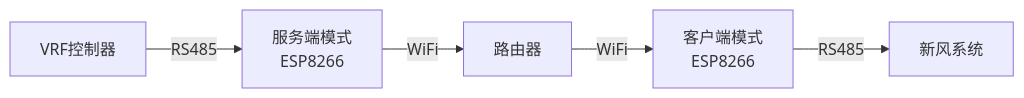
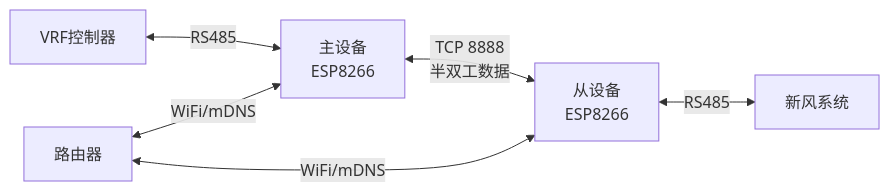
The first of 4 diagrams in 需求文档.md (davidhoo/WiFly485), drawn with Mermaid before and after one commit. The commit also changed other lines of this file and 2 other files, not shown here.

````diff
--- a/需求文档.md
+++ b/需求文档.md
@@ -19,7 +25,9 @@
 ```mermaid
 graph LR
-    A[VRF控制器] -->|RS485| B[服务端模式<br>ESP8266]
-    B -->|WiFi| C[路由器]
-    C -->|WiFi| D[客户端模式<br>ESP8266]
-    D -->|RS485| E[新风系统]
+    A[VRF控制器] <-->|RS485| B[主设备<br>ESP8266]
+    C[从设备<br>ESP8266] <-->|RS485| D[新风系统]
+    B <-->|TCP 8888<br>半双工数据| C
+    
+    E[路由器] <-->|WiFi/mDNS| B
+    E <-->|WiFi/mDNS| C
 ```
````
